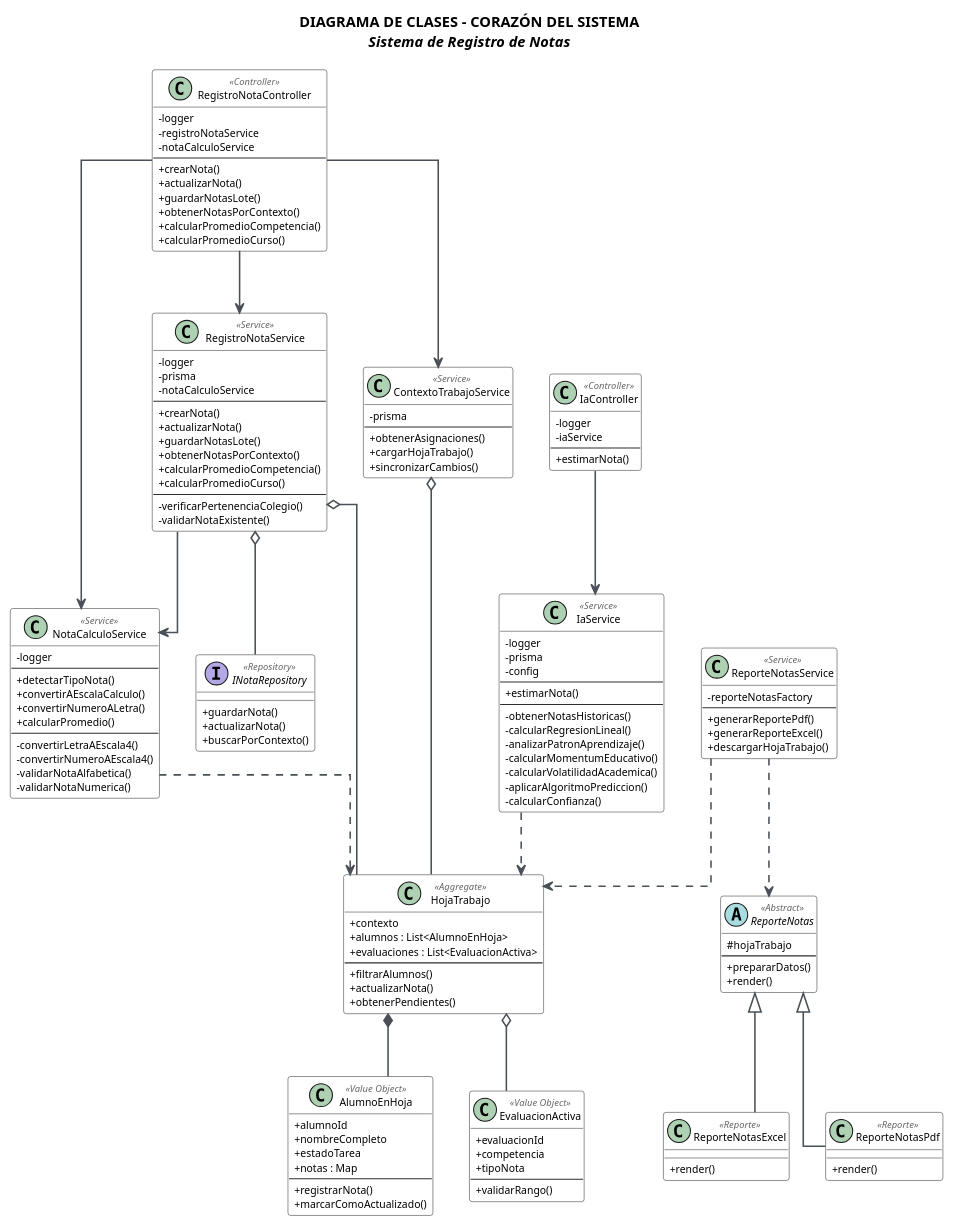
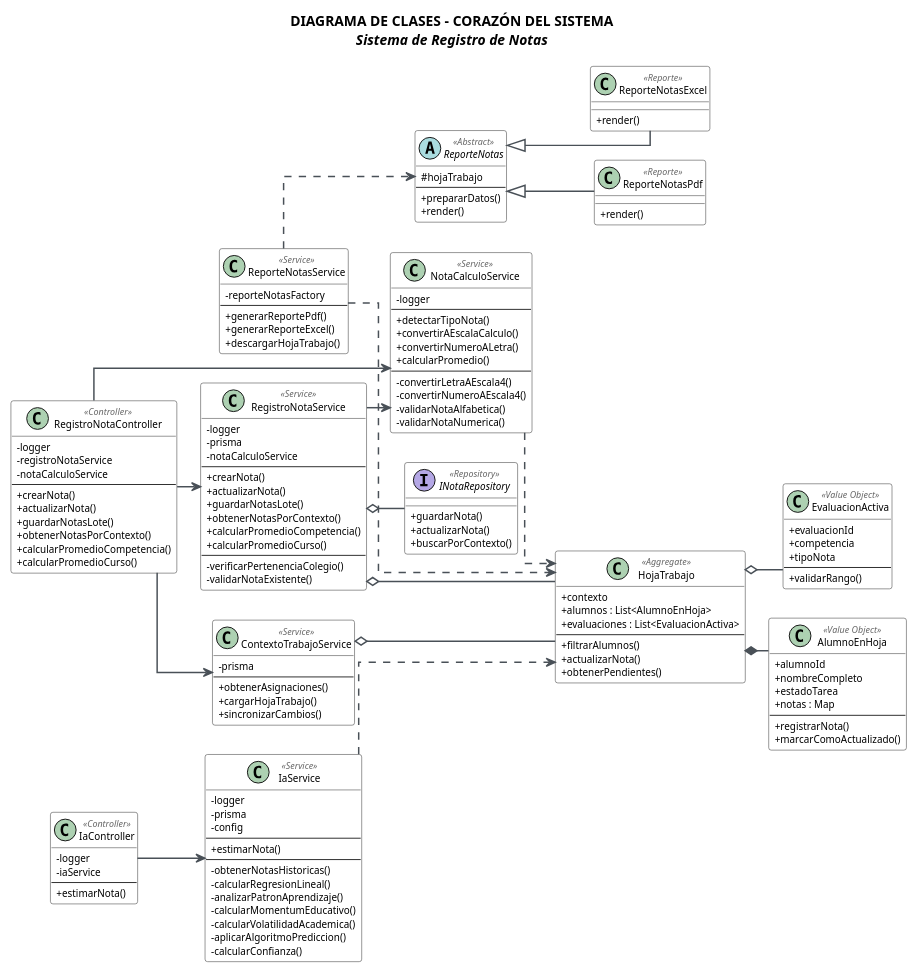
The diagram in diagramas/registro-notas/clases-registro-notas.puml (CondePlocs/sistemnotas), drawn with PlantUML before and after one commit.

```diff
--- a/diagramas/registro-notas/clases-registro-notas.puml
+++ b/diagramas/registro-notas/clases-registro-notas.puml
@@ -1,178 +1,190 @@
 @startuml Diagrama de Clases - Sistema de Registro de Notas
 
 skinparam {
     ClassBackgroundColor #FFFFFF
     ClassBorderColor #2E2E2E
     ClassFontSize 11
     ClassAttributeFontSize 10
     ClassStereotypeFontSize 9
     
     ArrowColor #495057
     ArrowThickness 1.5
     
     Shadowing false
     RoundCorner 5
     Linetype ortho
     
     ClassAttributeIconSize 0
     ClassStereotypeFontColor #666666
 }
 
 title **DIAGRAMA DE CLASES - CORAZÓN DEL SISTEMA**\n//Sistema de Registro de Notas//
 
+left to right direction
+scale 0.95
+skinparam nodesep 30
+skinparam ranksep 24
+
 ' LAYOUT ORGANIZADO - CONTROLADORES ARRIBA
+together {
 class RegistroNotaController <<Controller>> {
     {field} -logger
     {field} -registroNotaService
     {field} -notaCalculoService
     --
     {method} +crearNota()
     {method} +actualizarNota()
     {method} +guardarNotasLote()
     {method} +obtenerNotasPorContexto()
     {method} +calcularPromedioCompetencia()
     {method} +calcularPromedioCurso()
 }
 
 class IaController <<Controller>> {
     {field} -logger
     {field} -iaService
     --
     {method} +estimarNota()
 }
 
 ' SERVICIOS EN EL CENTRO
+together {
 class RegistroNotaService <<Service>> {
     {field} -logger
     {field} -prisma
     {field} -notaCalculoService
     --
     {method} +crearNota()
     {method} +actualizarNota()
     {method} +guardarNotasLote()
     {method} +obtenerNotasPorContexto()
     {method} +calcularPromedioCompetencia()
     {method} +calcularPromedioCurso()
     --
     {method} -verificarPertenenciaColegio()
     {method} -validarNotaExistente()
 }
 
 class NotaCalculoService <<Service>> {
     {field} -logger
     --
     {method} +detectarTipoNota()
     {method} +convertirAEscalaCalculo()
     {method} +convertirNumeroALetra()
     {method} +calcularPromedio()
     --
     {method} -convertirLetraAEscala4()
     {method} -convertirNumeroAEscala4()
     {method} -validarNotaAlfabetica()
     {method} -validarNotaNumerica()
 }
 
 class IaService <<Service>> {
     {field} -logger
     {field} -prisma
     {field} -config
     --
     {method} +estimarNota()
     --
     {method} -obtenerNotasHistoricas()
     {method} -calcularRegresionLineal()
     {method} -analizarPatronAprendizaje()
     {method} -calcularMomentumEducativo()
     {method} -calcularVolatilidadAcademica()
     {method} -aplicarAlgoritmoPrediccion()
     {method} -calcularConfianza()
 }
 
 class ContextoTrabajoService <<Service>> {
     {field} -prisma
     --
     {method} +obtenerAsignaciones()
     {method} +cargarHojaTrabajo()
     {method} +sincronizarCambios()
 }
 
 class ReporteNotasService <<Service>> {
     {field} -reporteNotasFactory
     --
     {method} +generarReportePdf()
     {method} +generarReporteExcel()
     {method} +descargarHojaTrabajo()
 }
 
 interface INotaRepository <<Repository>> {
     +guardarNota()
     +actualizarNota()
     +buscarPorContexto()
 }
+}
 
+together {
 class HojaTrabajo <<Aggregate>> {
     {field} +contexto
     {field} +alumnos : List<AlumnoEnHoja>
     {field} +evaluaciones : List<EvaluacionActiva>
     --
     {method} +filtrarAlumnos()
     {method} +actualizarNota()
     {method} +obtenerPendientes()
 }
 
 class AlumnoEnHoja <<Value Object>> {
     {field} +alumnoId
     {field} +nombreCompleto
     {field} +estadoTarea
     {field} +notas : Map
     --
     {method} +registrarNota()
     {method} +marcarComoActualizado()
 }
 
 class EvaluacionActiva <<Value Object>> {
     {field} +evaluacionId
     {field} +competencia
     {field} +tipoNota
     --
     {method} +validarRango()
 }
+}
 
+together {
 abstract class ReporteNotas <<Abstract>> {
     {field} #hojaTrabajo
     --
     {method} +prepararDatos()
     {method} +render()
 }
 
 class ReporteNotasExcel <<Reporte>> {
     {method} +render()
 }
 
 class ReporteNotasPdf <<Reporte>> {
     {method} +render()
+}
 }
 
 ' RELACIONES ORGANIZADAS
 RegistroNotaController --> RegistroNotaService
 RegistroNotaController --> NotaCalculoService
 RegistroNotaController --> ContextoTrabajoService
 IaController --> IaService
 
 RegistroNotaService --> NotaCalculoService
 RegistroNotaService o-- HojaTrabajo
 RegistroNotaService o-- INotaRepository
 ContextoTrabajoService o-- HojaTrabajo
 ReporteNotasService ..> HojaTrabajo
 ReporteNotasService ..> ReporteNotas
 NotaCalculoService ..> HojaTrabajo
 IaService ..> HojaTrabajo
 
 HojaTrabajo *-- AlumnoEnHoja
 HojaTrabajo o-- EvaluacionActiva
 ReporteNotas <|-- ReporteNotasExcel
 ReporteNotas <|-- ReporteNotasPdf
 
 '
 
 @enduml
```
